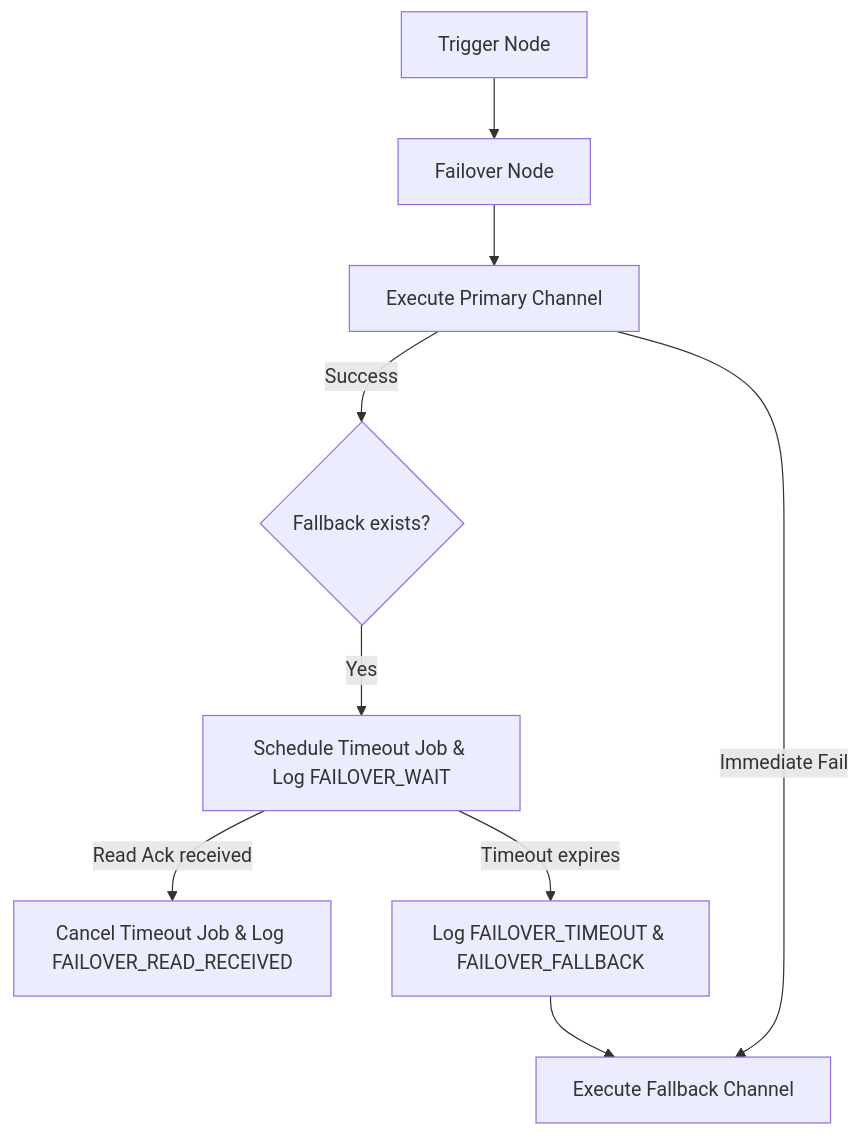
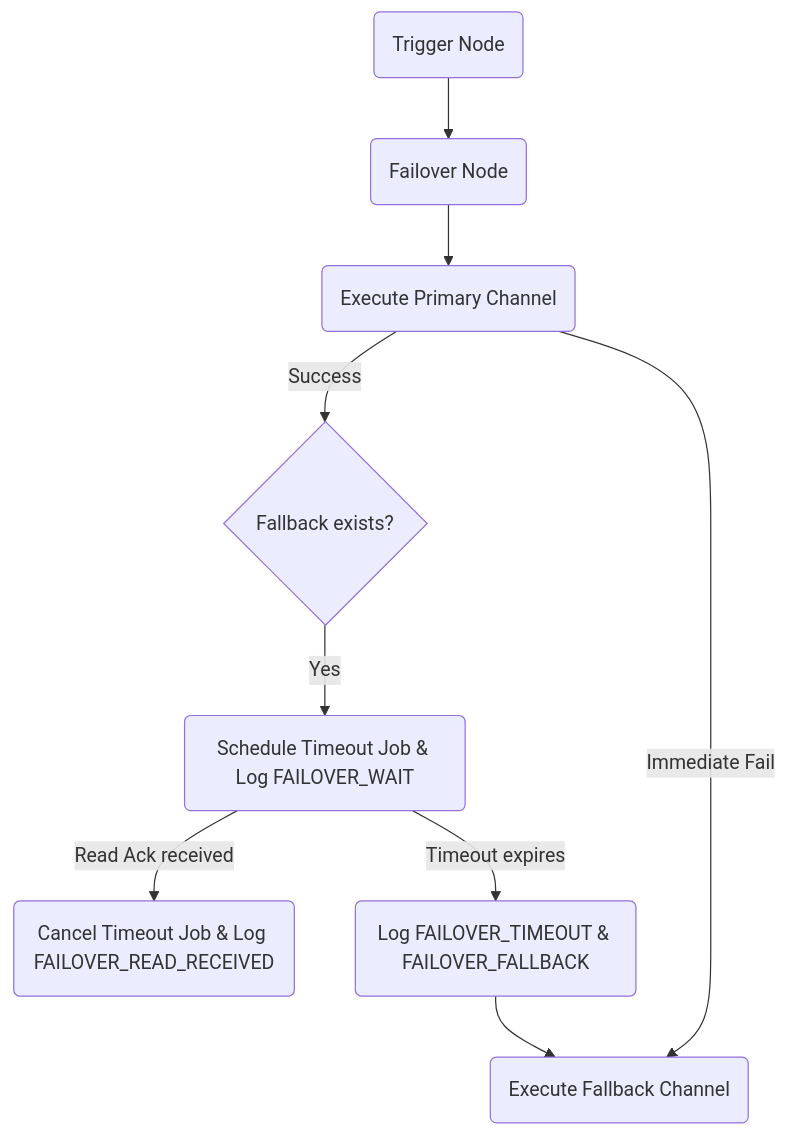
One commit to KriyanshKhunt/nexus_docs changed the diagram in content/docs/en/platform/features/failover.mdx. Above: the diagram before and after it, drawn with Mermaid. The commit also changed 25 other files, not shown here.

Commit message:
Handle en Mermaid charts

````diff
--- a/content/docs/en/platform/features/failover.mdx
+++ b/content/docs/en/platform/features/failover.mdx
@@ -8,11 +8,11 @@
 ```mermaid
 flowchart TD
-  Trigger[Trigger Node] --> FailoverNode[Failover Node]
-  FailoverNode --> Primary[Execute Primary Channel]
+  Trigger(Trigger Node) --> FailoverNode(Failover Node)
+  FailoverNode --> Primary(Execute Primary Channel)
   Primary -->|Success| Check{Fallback exists?}
-  Primary -->|Immediate Fail| RunFallback[Execute Fallback Channel]
-  Check -->|Yes| Wait[Schedule Timeout Job & Log FAILOVER_WAIT]
-  Wait -->|Read Ack received| Cancel[Cancel Timeout Job & Log FAILOVER_READ_RECEIVED]
-  Wait -->|Timeout expires| Timeout[Log FAILOVER_TIMEOUT & FAILOVER_FALLBACK]
+  Primary -->|Immediate Fail| RunFallback(Execute Fallback Channel)
+  Check -->|Yes| Wait(Schedule Timeout Job & Log FAILOVER_WAIT)
+  Wait -->|Read Ack received| Cancel(Cancel Timeout Job & Log FAILOVER_READ_RECEIVED)
+  Wait -->|Timeout expires| Timeout(Log FAILOVER_TIMEOUT & FAILOVER_FALLBACK)
   Timeout --> RunFallback
 ```
````
